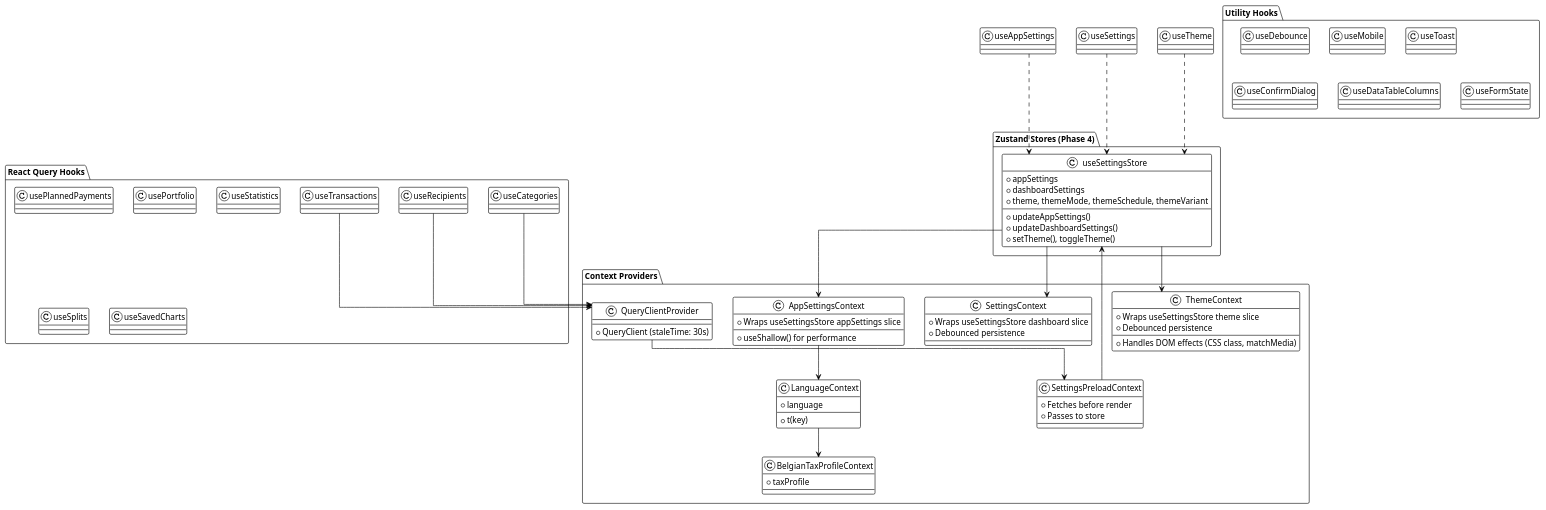
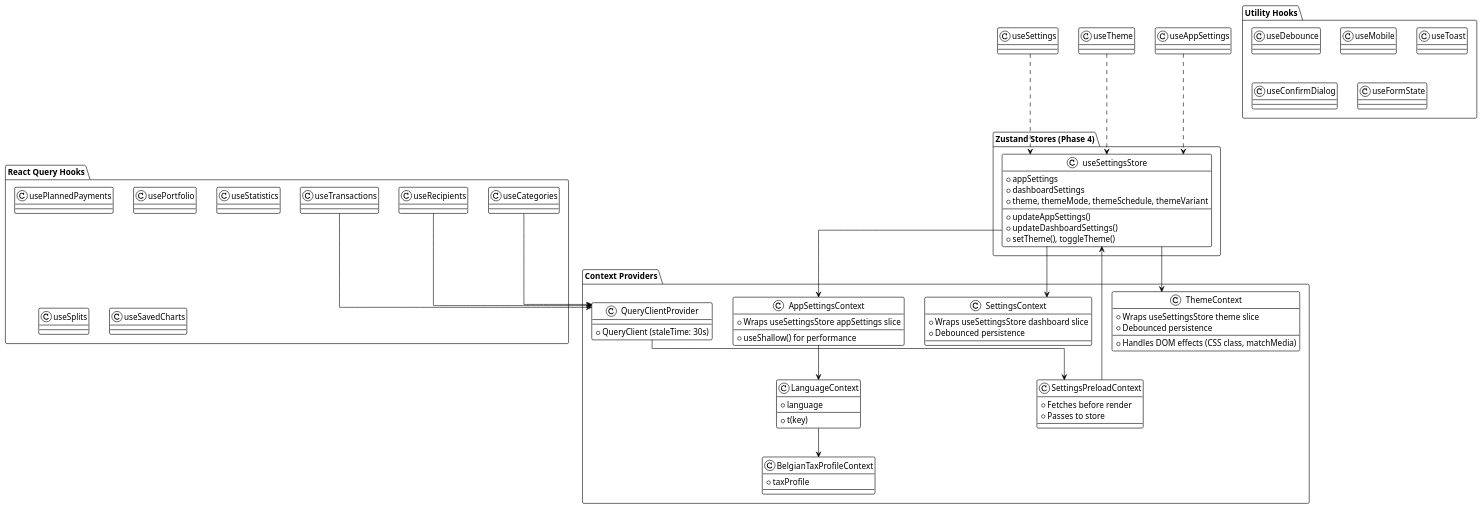
Before and after one commit to EraPartner/Vision: the second of 8 diagrams in docs/architecture/frontend-architecture.md, drawn with PlantUML. The commit also changed other lines of this file and 98 other files, not shown here.

Commit message:
docs: synchronize architecture and audit findings

```diff
--- a/docs/architecture/frontend-architecture.md
+++ b/docs/architecture/frontend-architecture.md
@@ -252,7 +275,6 @@
   class useMobile
   class useToast
   class useConfirmDialog
-  class useDataTableColumns
   class useFormState
 }
 
```
